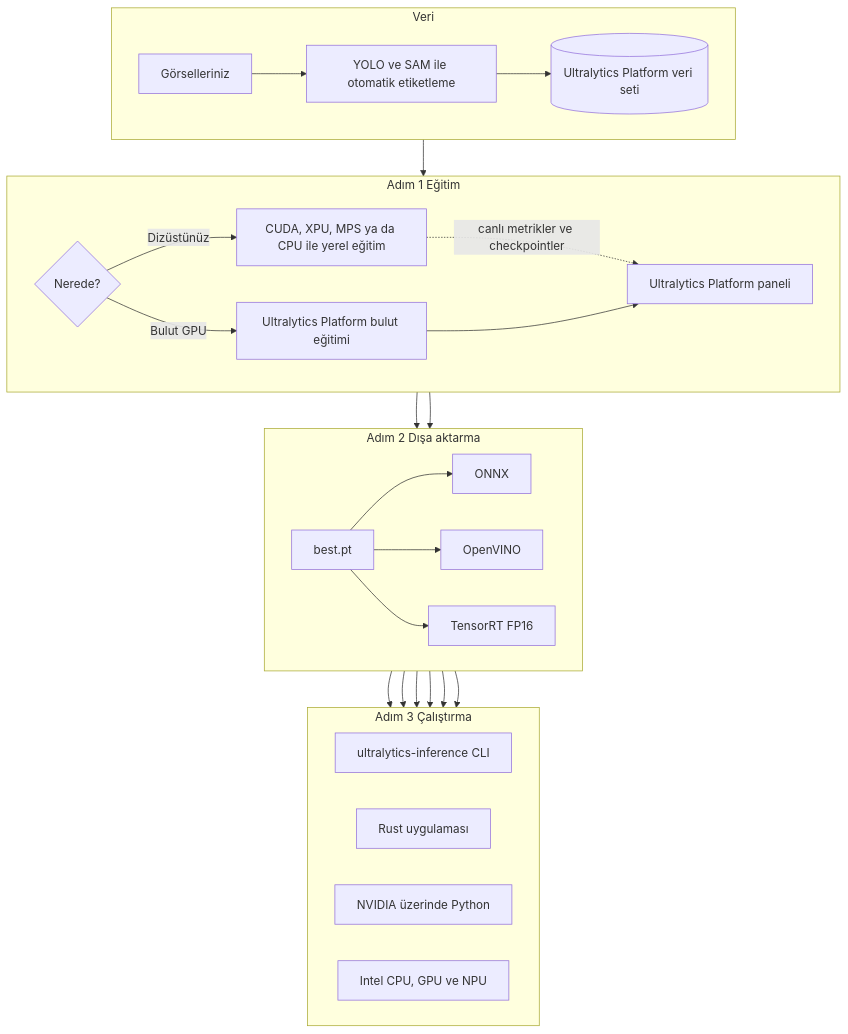
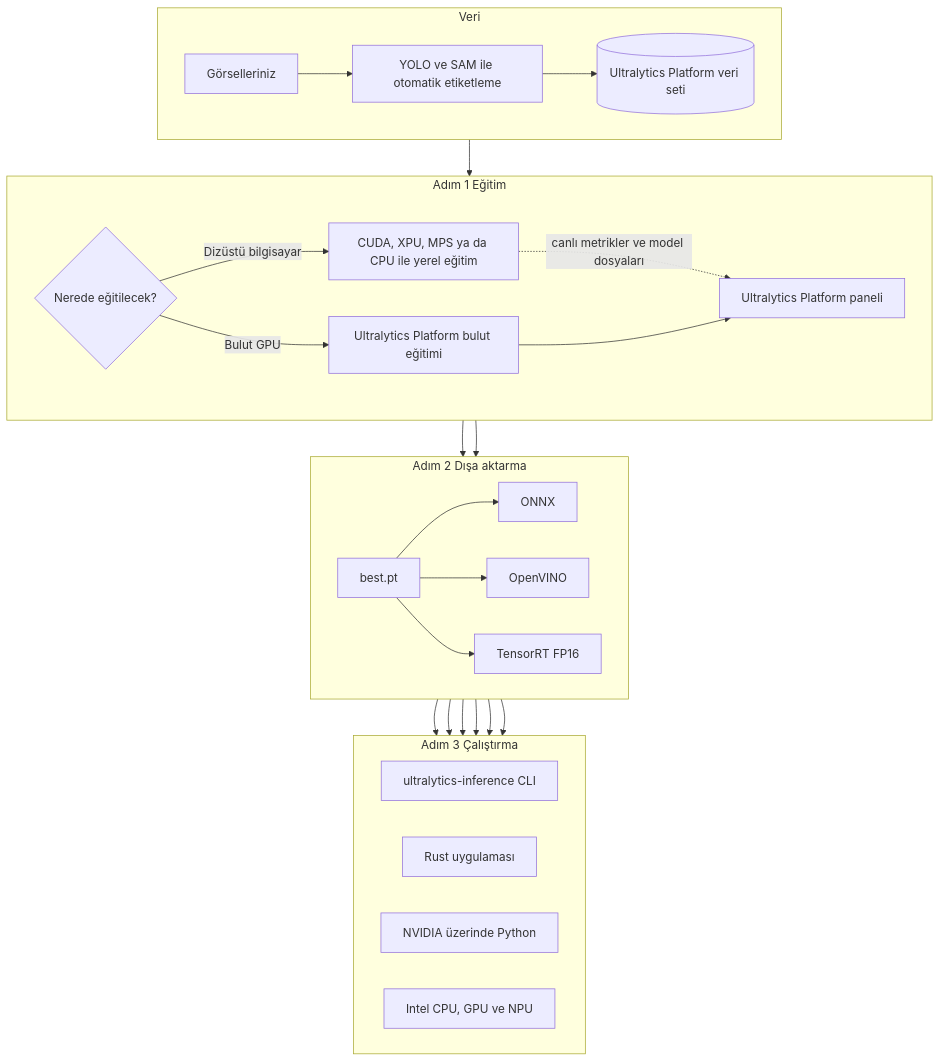
The diagram in docs/index.tr.md (onuralpszr/gdg-samsun-etkinlik-2026-workshop), drawn with Mermaid before and after one commit. The commit also changed other lines of this file, not shown here.

````diff
--- a/docs/index.tr.md
+++ b/docs/index.tr.md
@@ -64,33 +64,33 @@
 ```mermaid
 flowchart TB
     subgraph Data["Veri"]
         direction LR
         A[Görselleriniz] --> B[YOLO ve SAM ile otomatik etiketleme]
         B --> C[(Ultralytics Platform veri seti)]
     end
     subgraph Train["Adım 1 Eğitim"]
         direction LR
-        C --> D{Nerede?}
+        C --> D{Nerede eğitilecek?}
         D -->|Bulut GPU| E[Ultralytics Platform bulut eğitimi]
-        D -->|Dizüstünüz| F[CUDA, XPU, MPS ya da CPU ile yerel eğitim]
-        F -.->|canlı metrikler ve checkpointler| G[Ultralytics Platform paneli]
+        D -->|Dizüstü bilgisayar| F[CUDA, XPU, MPS ya da CPU ile yerel eğitim]
+        F -.->|canlı metrikler ve model dosyaları| G[Ultralytics Platform paneli]
         E --> G
     end
     subgraph Export["Adım 2 Dışa aktarma"]
         direction LR
         G --> H[best.pt]
         F --> H
         H --> I[ONNX]
         H --> J[OpenVINO]
         H --> K[TensorRT FP16]
     end
     subgraph Run["Adım 3 Çalıştırma"]
         direction LR
         I --> L[ultralytics-inference CLI]
         J --> L
         I --> M[Rust uygulaması]
         J --> M
         K --> N[NVIDIA üzerinde Python]
         J --> O[Intel CPU, GPU ve NPU]
     end
 ```
````
